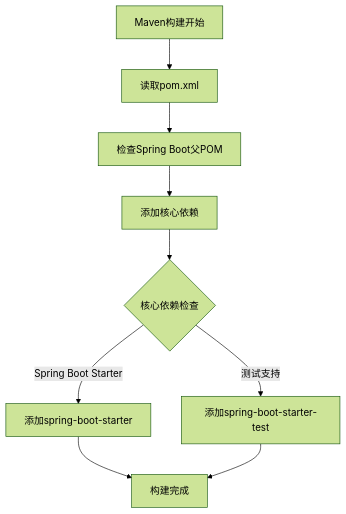
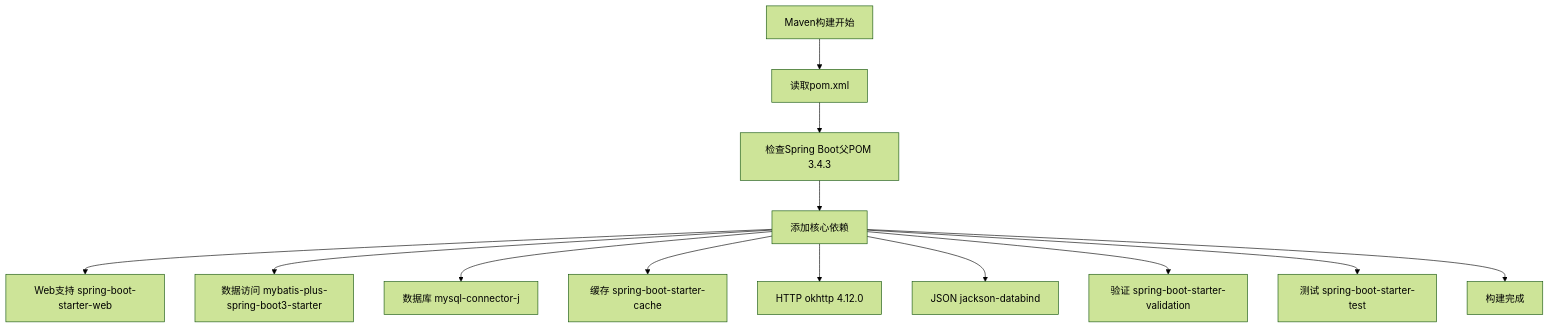
The sixth of 14 diagrams in .qoder/repowiki/zh/content/测试策略.md (gree-coder/fund-butler), drawn with Mermaid (forest theme) before and after one commit. The commit also changed other lines of this file and 5 other files, not shown here.

````diff
--- a/.qoder/repowiki/zh/content/测试策略.md
+++ b/.qoder/repowiki/zh/content/测试策略.md
@@ -152,11 +239,15 @@
 ```mermaid
 flowchart TD
 START[Maven构建开始] --> READ_POM[读取pom.xml]
-READ_POM --> CHECK_PARENT[检查Spring Boot父POM]
-CHECK_PARENT --> ADD_DEPS[添加核心依赖]
-ADD_DEPS --> CORE_DEPS{核心依赖检查}
-CORE_DEPS --> |Spring Boot Starter| ADD_BOOT[添加spring-boot-starter]
-CORE_DEPS --> |测试支持| ADD_TEST[添加spring-boot-starter-test]
-ADD_BOOT --> BUILD[构建完成]
-ADD_TEST --> BUILD
+READ_POM --> CHECK_PARENT[检查Spring Boot父POM 3.4.3]
+CHECK_PARENT --> ADD_CORE_DEPS[添加核心依赖]
+ADD_CORE_DEPS --> WEB_DEP[Web支持 spring-boot-starter-web]
+ADD_CORE_DEPS --> DATA_DEP[数据访问 mybatis-plus-spring-boot3-starter]
+ADD_CORE_DEPS --> DB_DEP[数据库 mysql-connector-j]
+ADD_CORE_DEPS --> CACHE_DEP[缓存 spring-boot-starter-cache]
+ADD_CORE_DEPS --> HTTP_DEP[HTTP okhttp 4.12.0]
+ADD_CORE_DEPS --> JSON_DEP[JSON jackson-databind]
+ADD_CORE_DEPS --> VALIDATION_DEP[验证 spring-boot-starter-validation]
+ADD_CORE_DEPS --> TEST_DEP[测试 spring-boot-starter-test]
+ADD_CORE_DEPS --> BUILD[构建完成]
 ```
````
